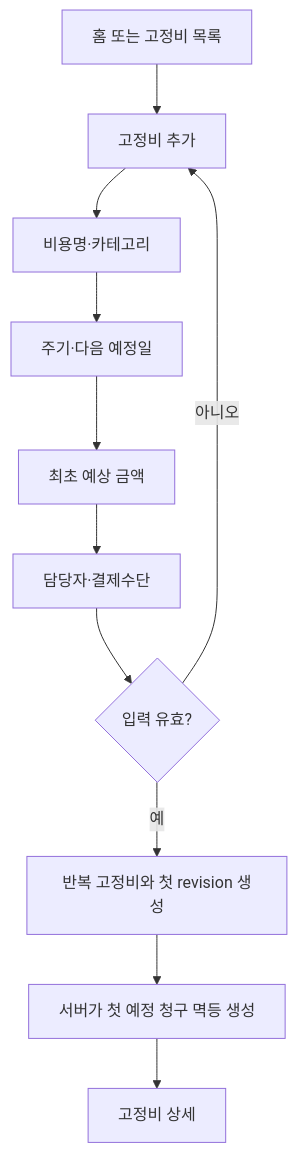
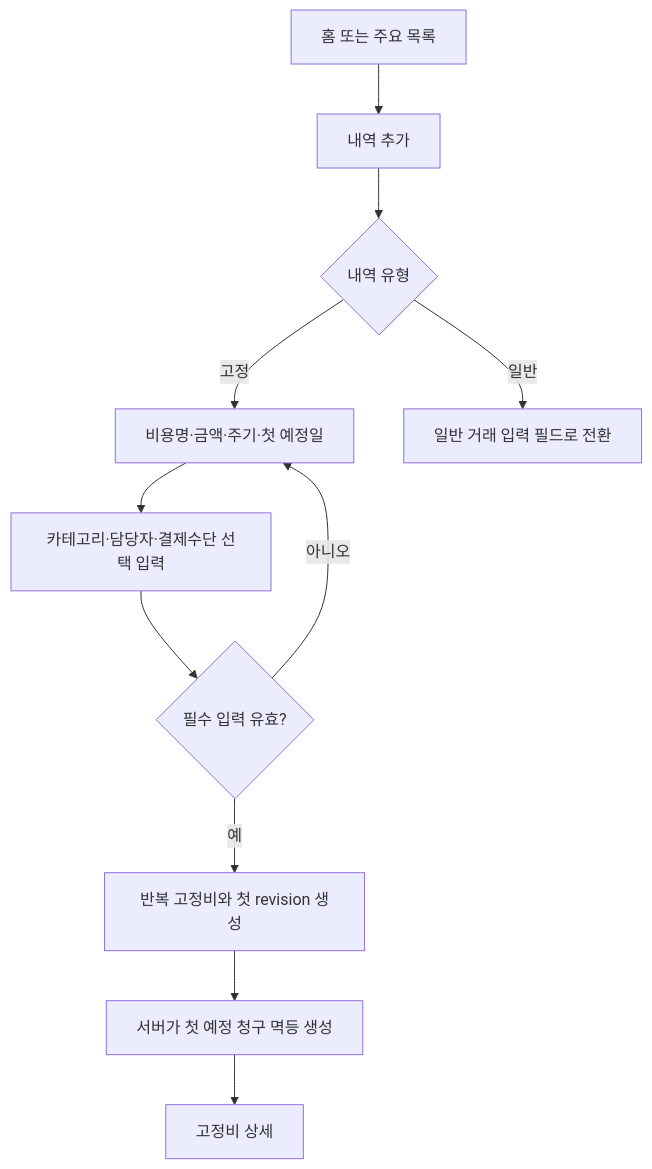
The second of 7 diagrams in docs/02-design/user-flow.md (hkcho11/handal-sallim), drawn with Mermaid before and after one commit. The commit also changed other lines of this file and 6 other files, not shown here.

````diff
--- a/docs/02-design/user-flow.md
+++ b/docs/02-design/user-flow.md
@@ -31,13 +30,13 @@
 ```mermaid
 flowchart TD
-    A[홈 또는 고정비 목록] --> B[고정비 추가]
-    B --> C[비용명·카테고리]
-    C --> D[주기·다음 예정일]
-    D --> E[최초 예상 금액]
-    E --> F[담당자·결제수단]
-    F --> G{입력 유효?}
-    G -- 아니오 --> B
-    G -- 예 --> H[반복 고정비와 첫 revision 생성]
-    H --> I[서버가 첫 예정 청구 멱등 생성]
-    I --> J[고정비 상세]
+    A[홈 또는 주요 목록] --> B[내역 추가]
+    B --> C{내역 유형}
+    C -- 고정 --> D[비용명·금액·주기·첫 예정일]
+    D --> E[카테고리·담당자·결제수단 선택 입력]
+    E --> F{필수 입력 유효?}
+    F -- 아니오 --> D
+    F -- 예 --> G[반복 고정비와 첫 revision 생성]
+    G --> H[서버가 첫 예정 청구 멱등 생성]
+    H --> I[고정비 상세]
+    C -- 일반 --> J[일반 거래 입력 필드로 전환]
 ```
````
